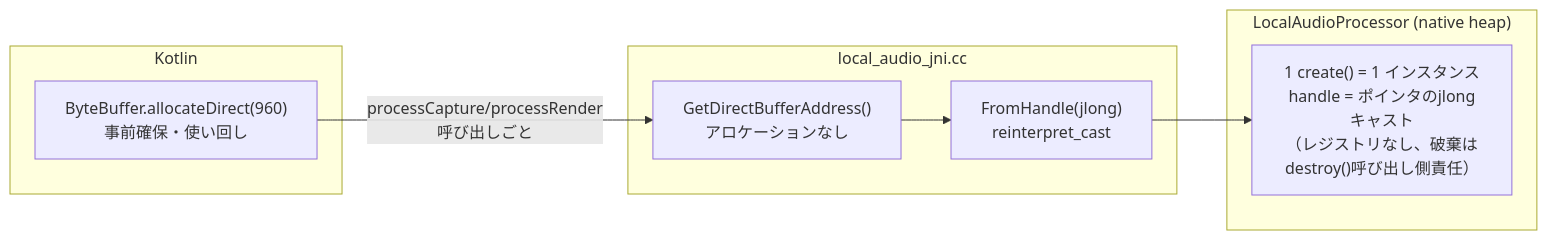
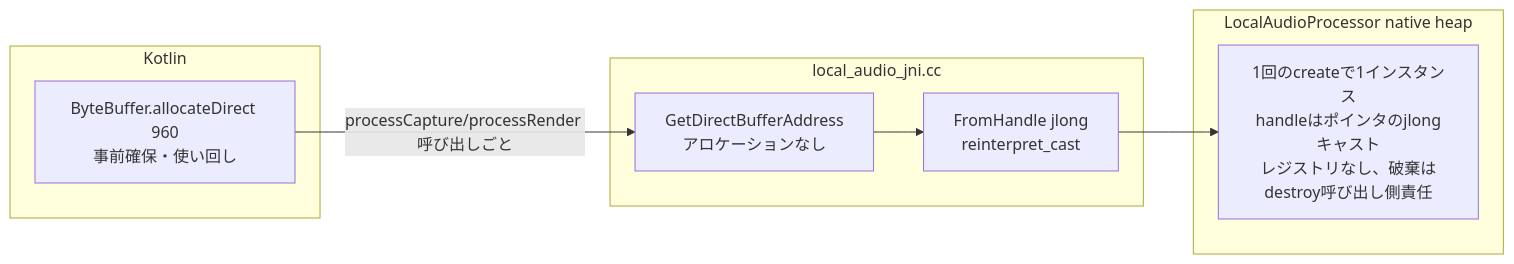
Before and after one commit to aRaikoFunakami/libwebrtc: the fifth of 5 diagrams in local_audio/ARCHITECTURE.md, drawn with Mermaid. The commit also changed other lines of this file, not shown here.

First line of the commit message:
Fix Mermaid syntax errors in ARCHITECTURE.md

````diff
--- a/local_audio/ARCHITECTURE.md
+++ b/local_audio/ARCHITECTURE.md
@@ -152,16 +152,16 @@
 ```mermaid
 flowchart LR
-    subgraph Kotlin
-        FB["ByteBuffer.allocateDirect(960)\n事前確保・使い回し"]
+    subgraph Kotlin["Kotlin"]
+        FB["ByteBuffer.allocateDirect 960<br/>事前確保・使い回し"]
     end
-    subgraph JNI["local_audio_jni.cc"]
-        GA["GetDirectBufferAddress()\nアロケーションなし"]
-        FH["FromHandle(jlong)\nreinterpret_cast"]
+    subgraph JNILayer["local_audio_jni.cc"]
+        GA["GetDirectBufferAddress<br/>アロケーションなし"]
+        FH["FromHandle jlong<br/>reinterpret_cast"]
     end
-    subgraph Native["LocalAudioProcessor (native heap)"]
-        OBJ["1 create() = 1 インスタンス\nhandle = ポインタのjlongキャスト\n（レジストリなし、破棄はdestroy()呼び出し側責任）"]
+    subgraph Native["LocalAudioProcessor native heap"]
+        OBJ["1回のcreateで1インスタンス<br/>handleはポインタのjlongキャスト<br/>レジストリなし、破棄はdestroy呼び出し側責任"]
     end
 
-    FB -->|"processCapture/processRender\n呼び出しごと"| GA
+    FB -->|processCapture/processRender 呼び出しごと| GA
     GA --> FH --> OBJ
 ```
````
